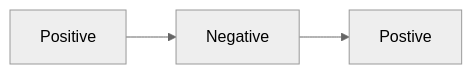
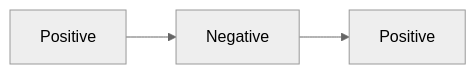
One commit to thoth-tech/handbook changed the first of 4 diagrams in docs/communication/fearless-feedback.md. Above: the diagram before and after it, drawn with Mermaid (neutral theme). The commit also changed other lines of this file and 2 other files, not shown here.

````diff
--- a/docs/communication/fearless-feedback.md
+++ b/docs/communication/fearless-feedback.md
@@ -66,4 +66,4 @@
 ```mermaid
   graph LR;
-  A[Positive] --> B[Negative] --> C[Postive]
+  A[Positive] --> B[Negative] --> C[Positive]
 ```
````
